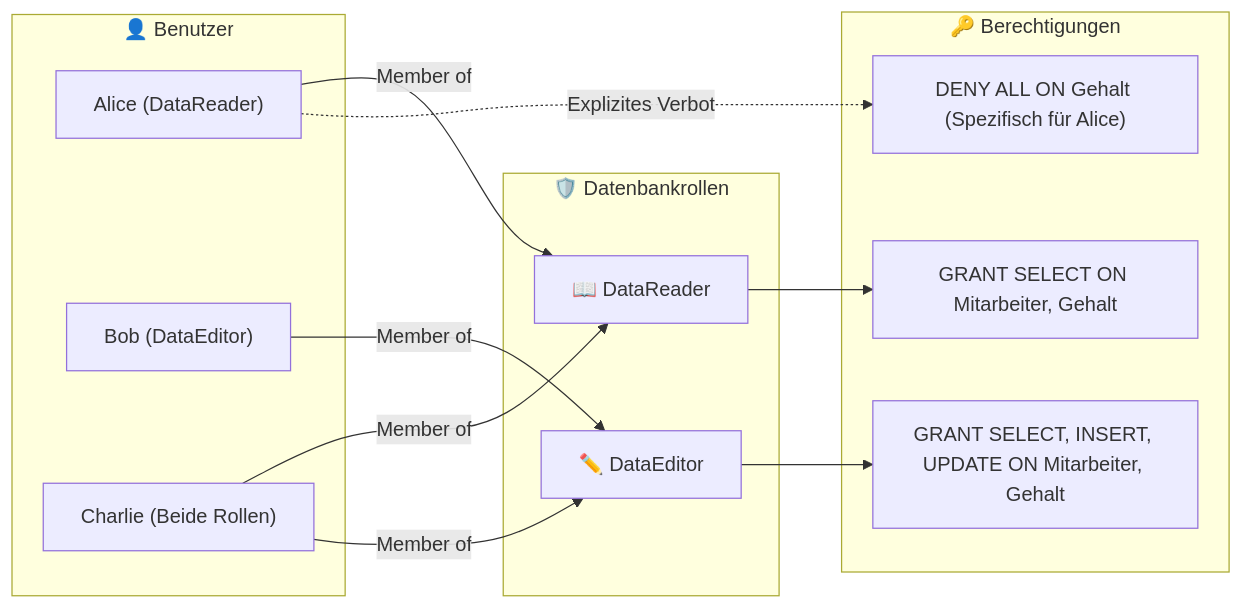
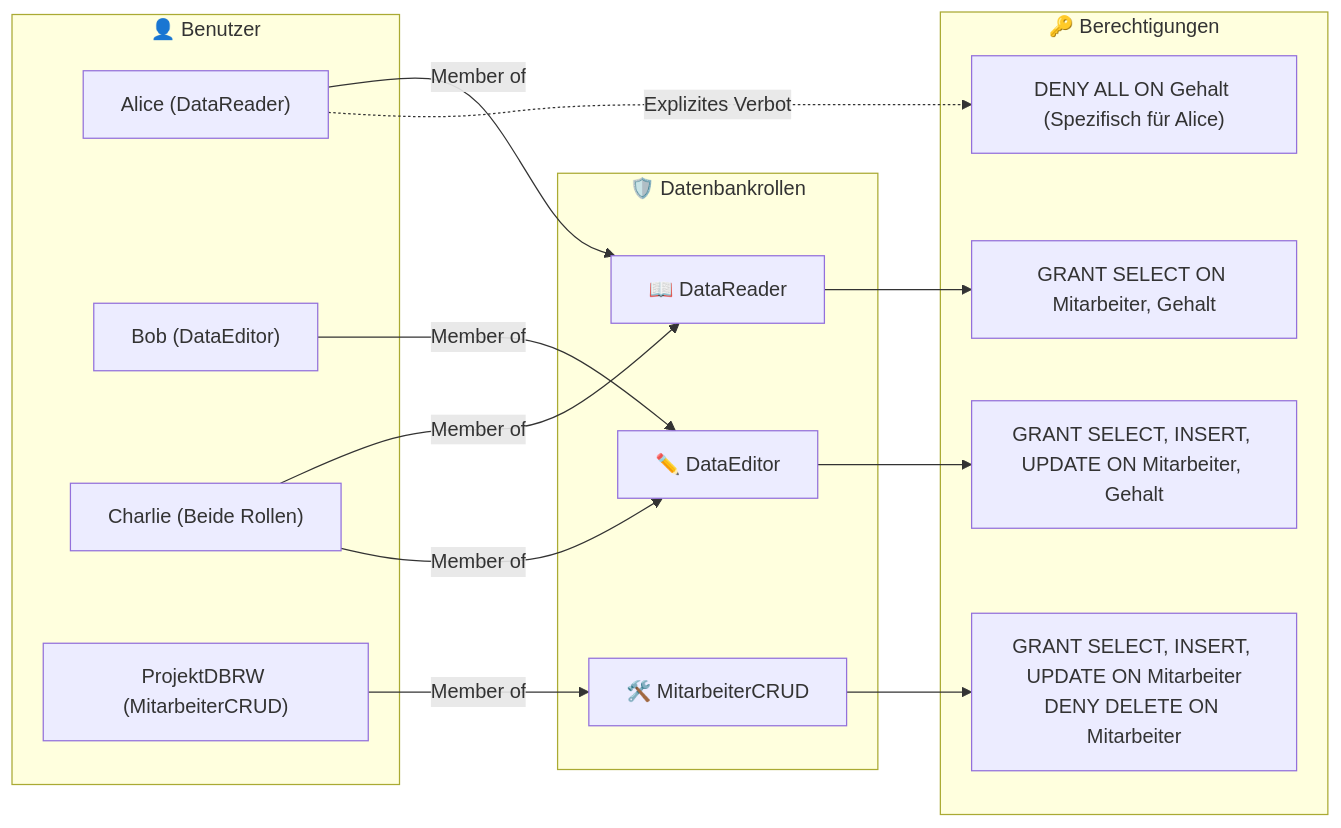
One commit to T-Boyke/SQL-Fundamentals changed the sixth of 7 diagrams in Day_23/readme.md. Above: the diagram before and after it, drawn with Mermaid. The commit also changed other lines of this file and 2 other files, not shown here.

````diff
--- a/Day_23/readme.md
+++ b/Day_23/readme.md
@@ -366,28 +377,33 @@
 ```mermaid
 flowchart LR
     subgraph Users["👤 Benutzer"]
         U1["Alice (DataReader)"]
         U2["Bob (DataEditor)"]
         U3["Charlie (Beide Rollen)"]
+        U4["ProjektDBRW (MitarbeiterCRUD)"]
     end
 
     subgraph Roles["🛡️ Datenbankrollen"]
         R1["📖 DataReader"]
         R2["✏️ DataEditor"]
+        R3["🛠️ MitarbeiterCRUD"]
     end
 
     subgraph Permissions["🔑 Berechtigungen"]
         P1["GRANT SELECT ON Mitarbeiter, Gehalt"]
         P2["GRANT SELECT, INSERT, UPDATE ON Mitarbeiter, Gehalt"]
-        P3["DENY ALL ON Gehalt (Spezifisch für Alice)"]
+        P3["GRANT SELECT, INSERT, UPDATE ON Mitarbeiter<br/>DENY DELETE ON Mitarbeiter"]
+        P4["DENY ALL ON Gehalt (Spezifisch für Alice)"]
     end
 
     U1 -->|Member of| R1
     U2 -->|Member of| R2
     U3 -->|Member of| R1
     U3 -->|Member of| R2
+    U4 -->|Member of| R3
 
     R1 --> P1
     R2 --> P2
-    U1 -.->|Explizites Verbot| P3
+    R3 --> P3
+    U1 -.->|Explizites Verbot| P4
 ```
````
